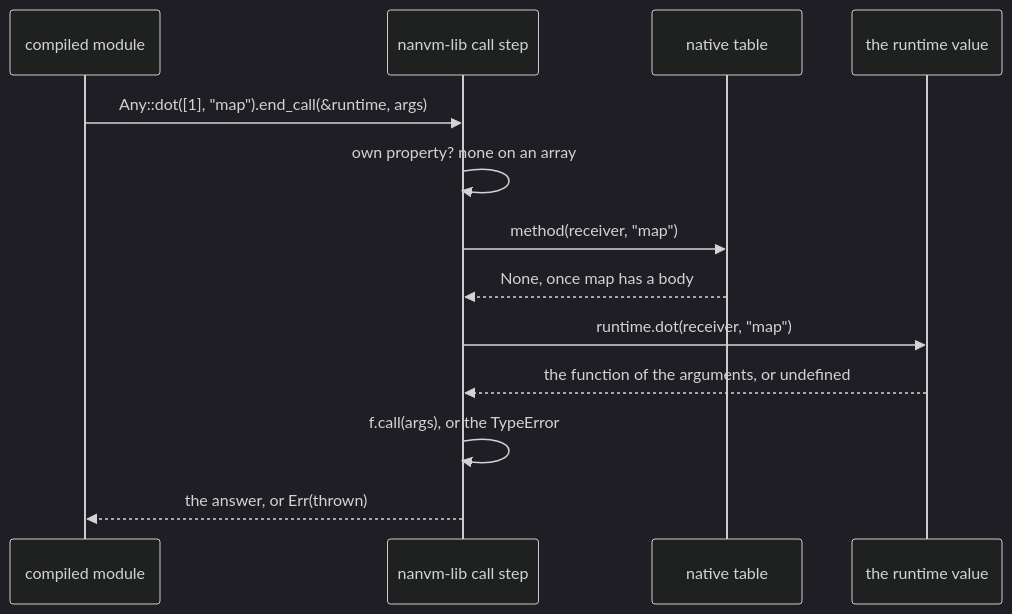
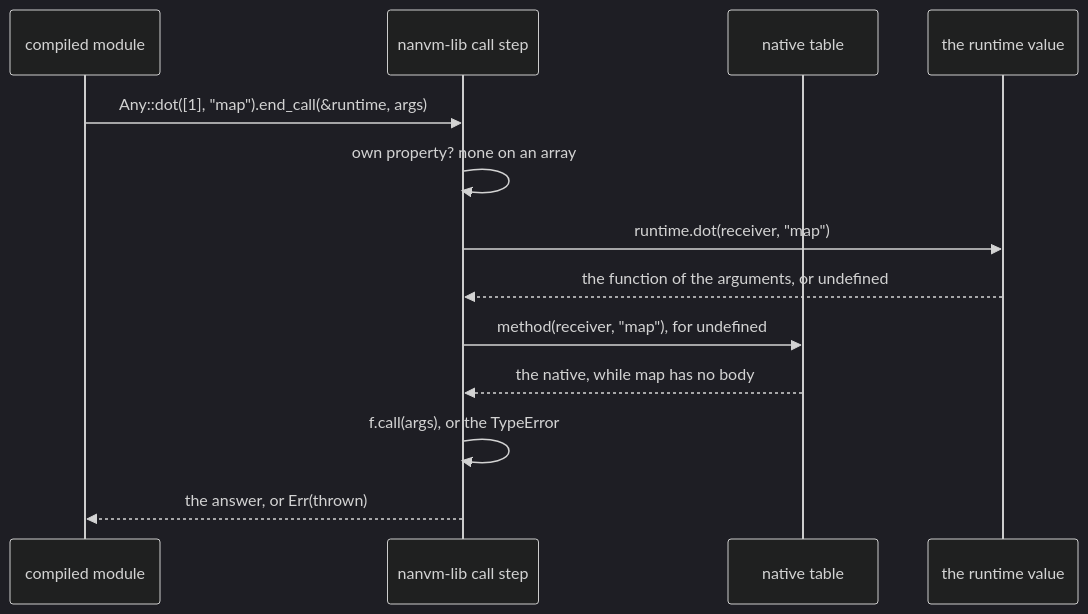
Before and after one commit to functionalscript/functionalscript: the second of 2 diagrams in fjs/js/runtime/README.md, drawn with Mermaid (dark theme). The commit also changed other lines of this file and 12 other files, not shown here.

````diff
--- a/fjs/js/runtime/README.md
+++ b/fjs/js/runtime/README.md
@@ -174,15 +173,15 @@
 ```mermaid
 sequenceDiagram
     participant M as compiled module
     participant L as nanvm-lib call step
     participant T as native table
     participant R as the runtime value
     M->>L: Any::dot([1], "map").end_call(&runtime, args)
     L->>L: own property? none on an array
-    L->>T: method(receiver, "map")
-    T-->>L: None, once map has a body
     L->>R: runtime.dot(receiver, "map")
     R-->>L: the function of the arguments, or undefined
+    L->>T: method(receiver, "map"), for undefined
+    T-->>L: the native, while map has no body
     L->>L: f.call(args), or the TypeError
     L-->>M: the answer, or Err(thrown)
 ```
````
